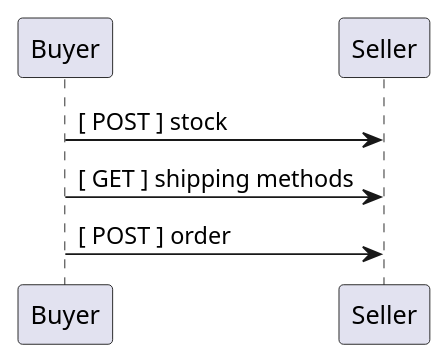
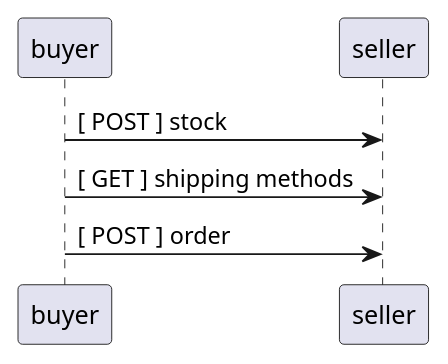
The fourth of 6 diagrams in overview.org (EciStg/order-placement), drawn with PlantUML before and after one commit. The commit also changed other lines of this file and 8 other files, not shown here.

Commit message:
overview : added full sequence diagram, removed the consumer actor (for now), fixed capitalization and spelling errors.

```diff
--- a/overview.org
+++ b/overview.org
@@ -42,7 +58,7 @@
-#+BEGIN_SRC plantuml :file ./images/sequence-buyer2seller.puml.png :exports results
+#+BEGIN_SRC plantuml :file ./images/endpoints-buyer2seller.puml.png :exports results
 @startuml sequence-buyer2seller.png
-Buyer -> Seller: [ POST ] stock
-Buyer -> Seller: [ GET ] shipping methods
-Buyer -> Seller: [ POST ] order
+buyer -> seller: [ POST ] stock
+buyer -> seller: [ GET ] shipping methods
+buyer -> seller: [ POST ] order
 @enduml
 #+END_SRC
```
